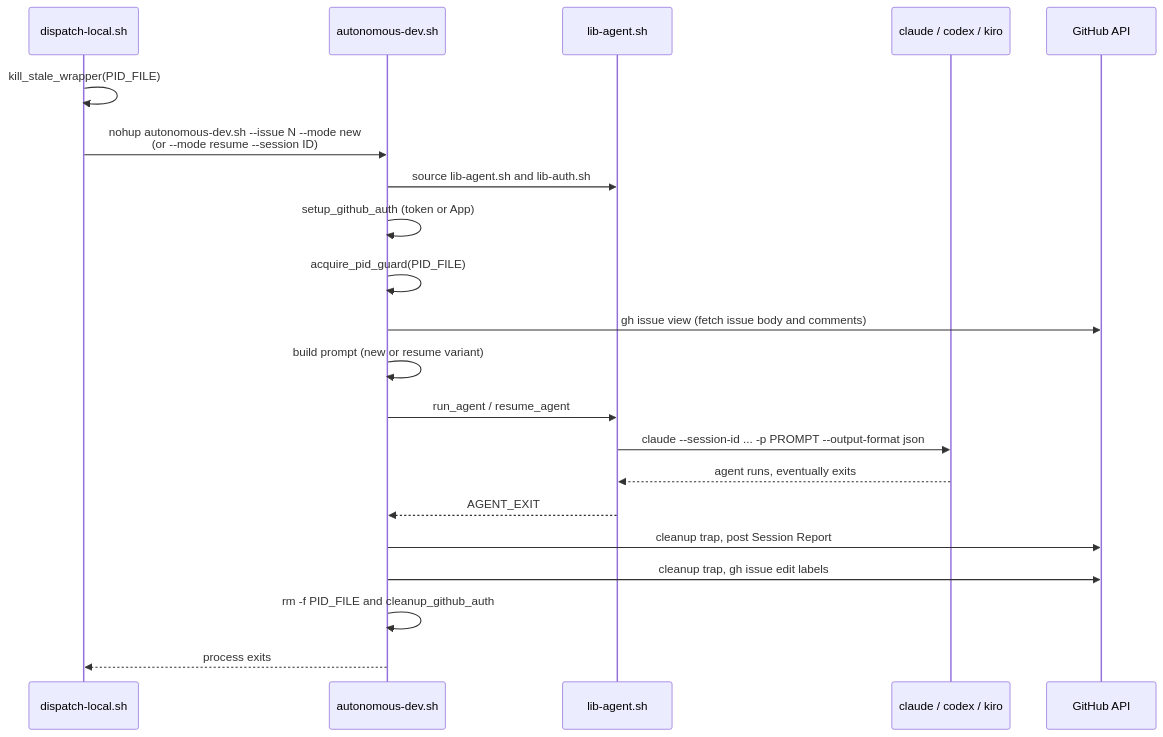
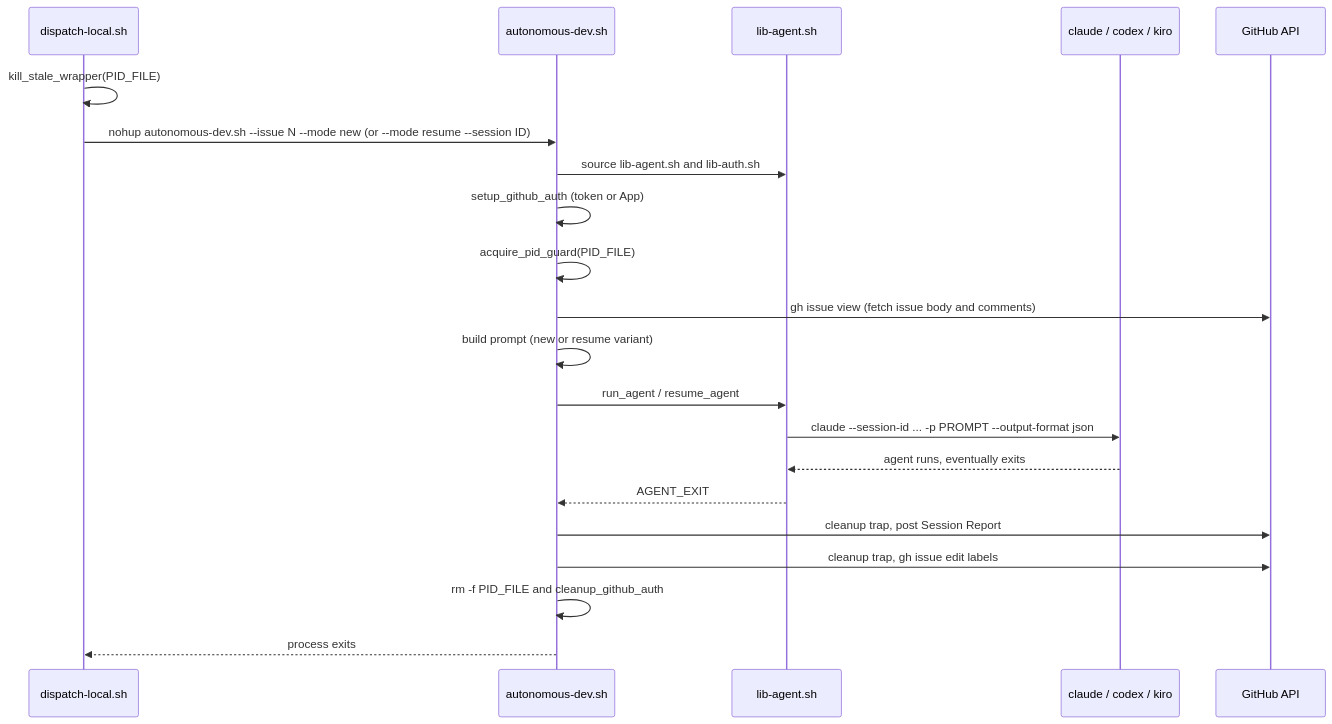
The first of 2 diagrams in docs/pipeline/dev-agent-flow.md (zxkane/autonomous-dev-team), drawn with Mermaid before and after one commit. The commit also changed other lines of this file and 2 other files, not shown here.

````diff
--- a/docs/pipeline/dev-agent-flow.md
+++ b/docs/pipeline/dev-agent-flow.md
@@ -9,24 +9,24 @@
 ```mermaid
 sequenceDiagram
     participant D as dispatch-local.sh
     participant W as autonomous-dev.sh
     participant L as lib-agent.sh
     participant A as claude / codex / kiro
     participant GH as GitHub API
 
     D->>D: kill_stale_wrapper(PID_FILE)
-    D->>W: nohup autonomous-dev.sh --issue N --mode new<br/>(or --mode resume --session ID)
+    D->>W: nohup autonomous-dev.sh --issue N --mode new (or --mode resume --session ID)
     W->>L: source lib-agent.sh and lib-auth.sh
     W->>W: setup_github_auth (token or App)
     W->>W: acquire_pid_guard(PID_FILE)
     W->>GH: gh issue view (fetch issue body and comments)
     W->>W: build prompt (new or resume variant)
     W->>L: run_agent / resume_agent
     L->>A: claude --session-id ... -p PROMPT --output-format json
     A-->>L: agent runs, eventually exits
     L-->>W: AGENT_EXIT
     W->>GH: cleanup trap, post Session Report
     W->>GH: cleanup trap, gh issue edit labels
     W->>W: rm -f PID_FILE and cleanup_github_auth
     W-->>D: process exits
 ```
````
